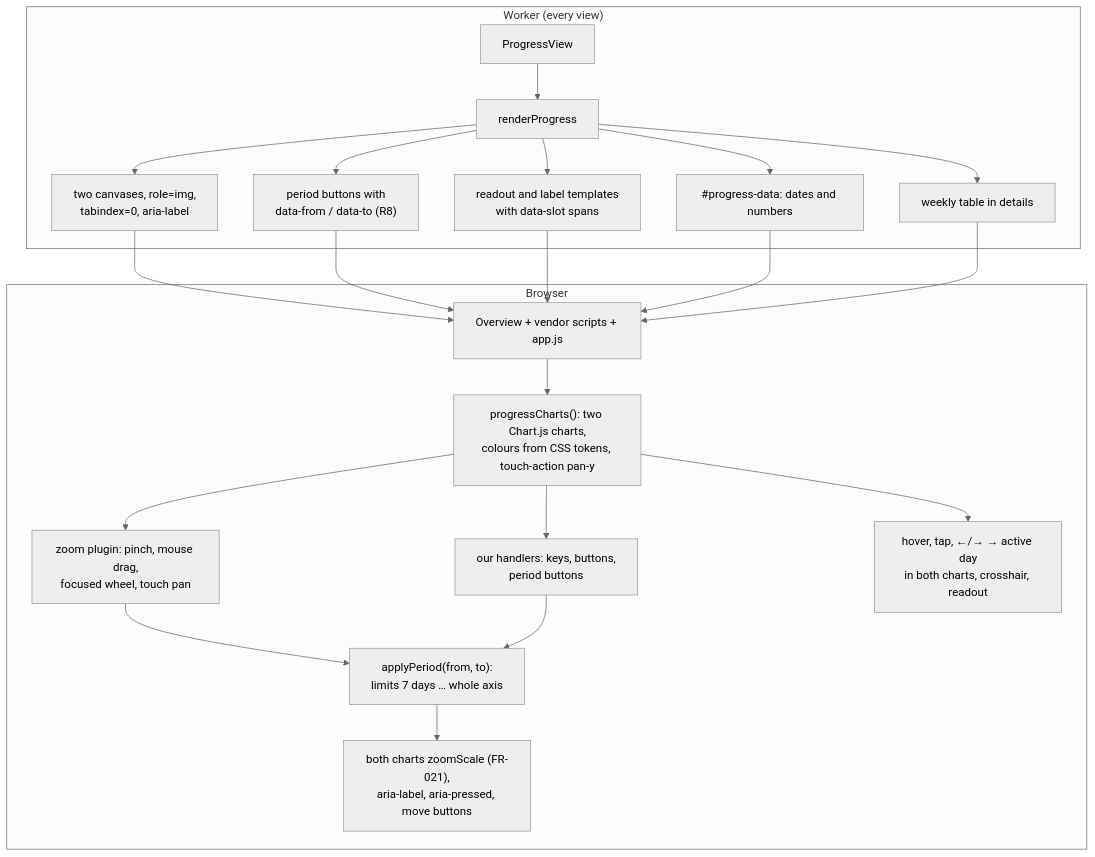
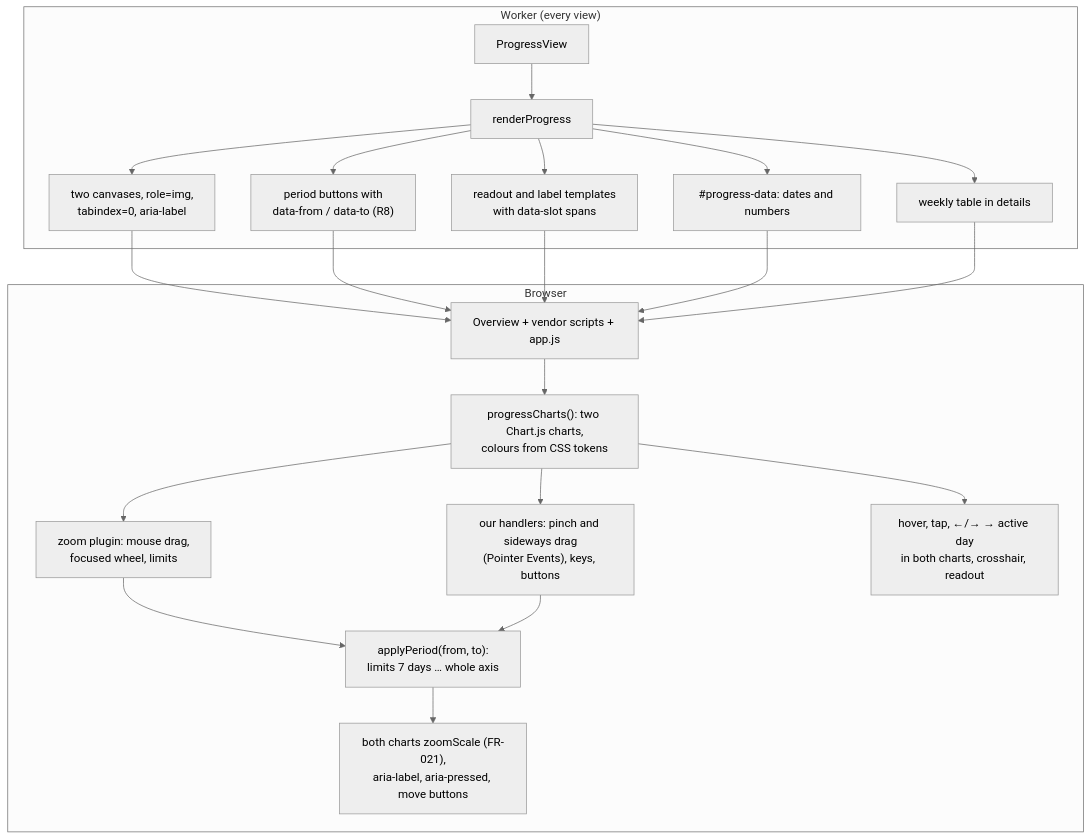
Before and after one commit to SaSteffen/RynkePoints: the fourth of 6 diagrams in specs/009-rider-progress-charts/plan.md, drawn with Mermaid (neutral theme). The commit also changed other lines of this file and 7 other files, not shown here.

First line of the commit message:
docs(009): do pinch and touch pan with Pointer Events instead of Hammer.js

````diff
--- a/specs/009-rider-progress-charts/plan.md
+++ b/specs/009-rider-progress-charts/plan.md
@@ -270,20 +271,20 @@
 ```mermaid
 flowchart TB
     subgraph server["Worker (every view)"]
         pv["ProgressView"] --> sec["renderProgress"]
         sec --> cv["two canvases, role=img,<br/>tabindex=0, aria-label"]
         sec --> btn["period buttons with<br/>data-from / data-to (R8)"]
         sec --> tpl["readout and label templates<br/>with data-slot spans"]
         sec --> json["#progress-data: dates and numbers"]
         sec --> table["weekly table in details"]
     end
     subgraph browser["Browser"]
-        page["Overview + vendor scripts + app.js"] --> init["progressCharts(): two Chart.js charts,<br/>colours from CSS tokens, touch-action pan-y"]
-        init --> plugin["zoom plugin: pinch, mouse drag,<br/>focused wheel, touch pan"]
-        init --> own["our handlers: keys, buttons,<br/>period buttons"]
+        page["Overview + vendor scripts + app.js"] --> init["progressCharts(): two Chart.js charts,<br/>colours from CSS tokens"]
+        init --> plugin["zoom plugin: mouse drag,<br/>focused wheel, limits"]
+        init --> own["our handlers: pinch and sideways drag<br/>(Pointer Events), keys, buttons"]
         plugin & own --> apply["applyPeriod(from, to):<br/>limits 7 days … whole axis"]
         apply --> both["both charts zoomScale (FR-021),<br/>aria-label, aria-pressed, move buttons"]
         init --> sel["hover, tap, ←/→ → active day<br/>in both charts, crosshair, readout"]
     end
     cv & btn & tpl & json & table --> page
 ```
````
